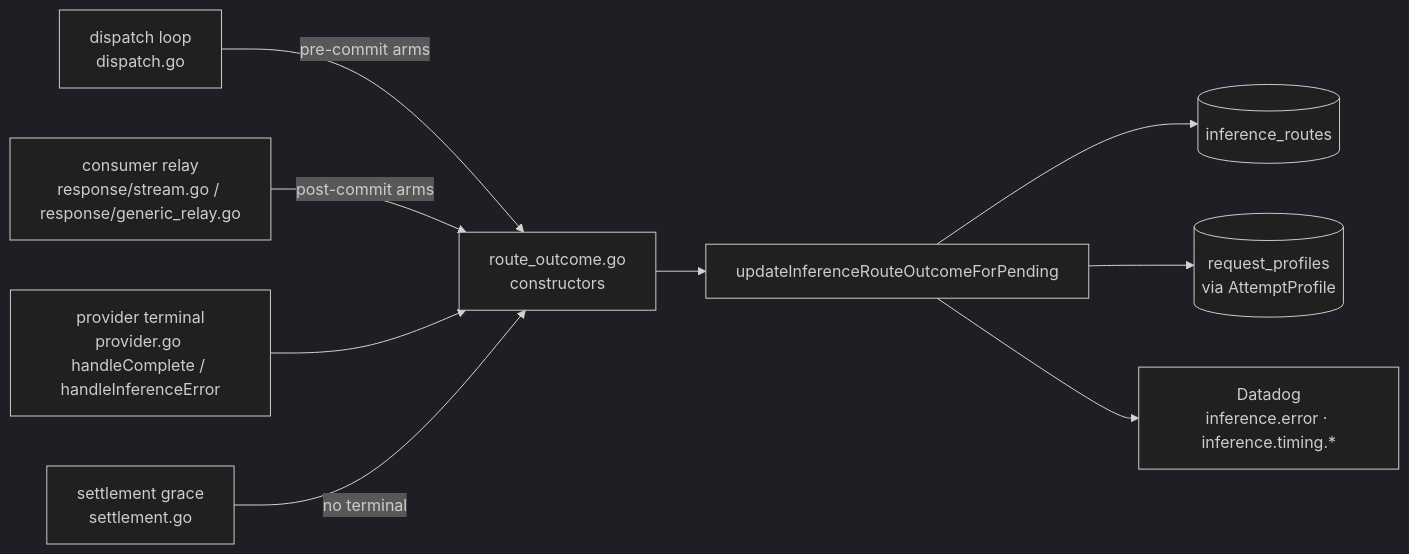
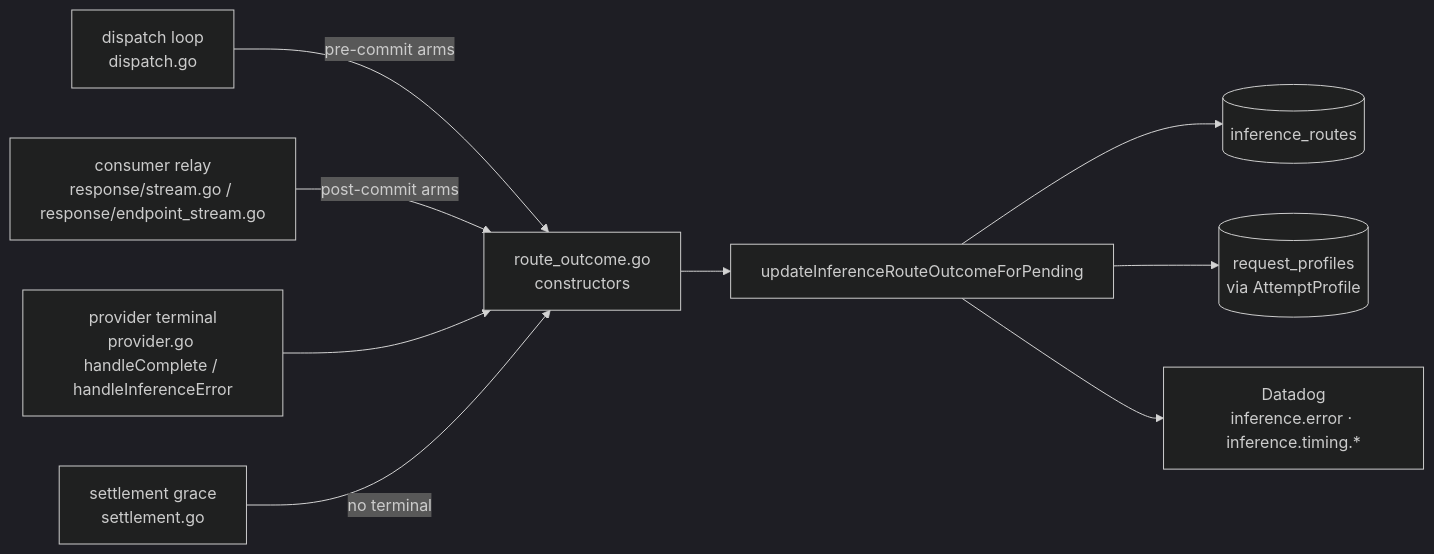
One commit to Layr-Labs/d-inference changed the diagram in docs/architecture/request-outcome-observability.md. Above: the diagram before and after it, drawn with Mermaid (dark theme). The commit also changed other lines of this file and 6 other files, not shown here.

Commit message:
docs(response): map shared stream completion policy

````diff
--- a/docs/architecture/request-outcome-observability.md
+++ b/docs/architecture/request-outcome-observability.md
@@ -24,11 +24,11 @@
 ```mermaid
 flowchart LR
   A[dispatch loop<br/>dispatch.go] -->|pre-commit arms| F[route_outcome.go<br/>constructors]
-  B[consumer relay<br/>response/stream.go / response/generic_relay.go] -->|post-commit arms| F
+  B[consumer relay<br/>response/stream.go / response/endpoint_stream.go] -->|post-commit arms| F
   C[provider terminal<br/>provider.go handleComplete / handleInferenceError] --> F
   D[settlement grace<br/>settlement.go] -->|no terminal| F
   F --> G[updateInferenceRouteOutcomeForPending]
   G --> H[(inference_routes)]
   G --> I[(request_profiles<br/>via AttemptProfile)]
   G --> J[Datadog<br/>inference.error · inference.timing.*]
 ```
````
